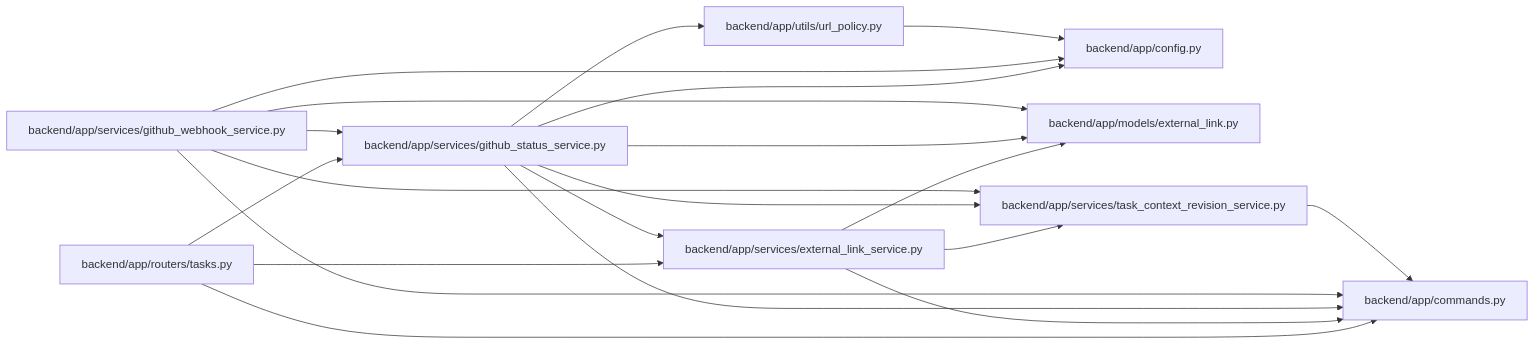
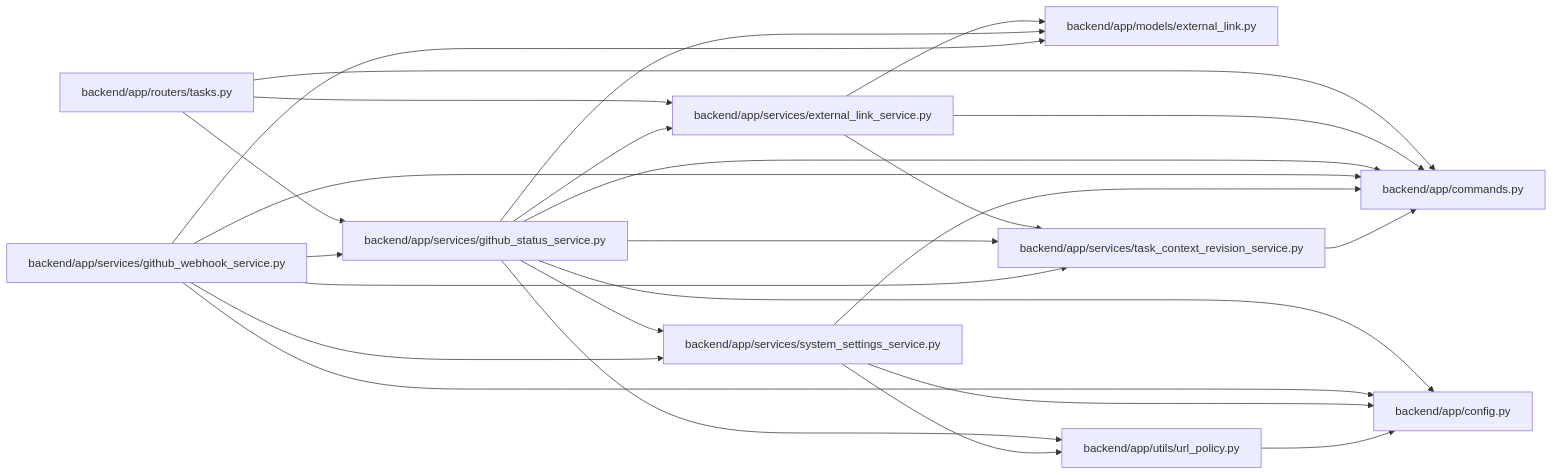
One commit to Denissvgn/WorkChord changed the diagram in docs/llm_wiki/modules/github_status_service.md. Above: the diagram before and after it, drawn with Mermaid. The commit also changed other lines of this file and 25171 other files, not shown here.

````diff
--- a/docs/llm_wiki/modules/github_status_service.md
+++ b/docs/llm_wiki/modules/github_status_service.md
@@ -28,40 +29,47 @@
 ```mermaid
 flowchart LR
     n0["backend/app/commands.py"]
     n1["backend/app/config.py"]
     n2["backend/app/models/external_link.py"]
     n3["backend/app/routers/tasks.py"]
     n4["backend/app/services/external_link_service.py"]
     n5["backend/app/services/github_status_service.py"]
     n6["backend/app/services/github_webhook_service.py"]
-    n7["backend/app/services/task_context_revision_service.py"]
-    n8["backend/app/utils/url_policy.py"]
+    n7["backend/app/services/system_settings_service.py"]
+    n8["backend/app/services/task_context_revision_service.py"]
+    n9["backend/app/utils/url_policy.py"]
     n3 --> n0
     n3 --> n4
     n3 --> n5
     n4 --> n0
     n4 --> n2
-    n4 --> n7
+    n4 --> n8
     n5 --> n0
     n5 --> n1
     n5 --> n2
     n5 --> n4
     n5 --> n7
     n5 --> n8
+    n5 --> n9
     n6 --> n0
     n6 --> n1
     n6 --> n2
     n6 --> n5
     n6 --> n7
+    n6 --> n8
     n7 --> n0
-    n8 --> n1
+    n7 --> n1
+    n7 --> n9
+    n8 --> n0
+    n9 --> n1
     click n0 "../modules/commands.md"
     click n1 "../modules/config.md"
     click n2 "../modules/models_external_link.md"
     click n3 "../modules/tasks.md"
     click n4 "../modules/external_link_service.md"
     click n5 "../modules/github_status_service.md"
     click n6 "../modules/github_webhook_service.md"
-    click n7 "../modules/task_context_revision_service.md"
-    click n8 "../modules/url_policy.md"
+    click n7 "../modules/system_settings_service.md"
+    click n8 "../modules/task_context_revision_service.md"
+    click n9 "../modules/url_policy.md"
 ```
````
